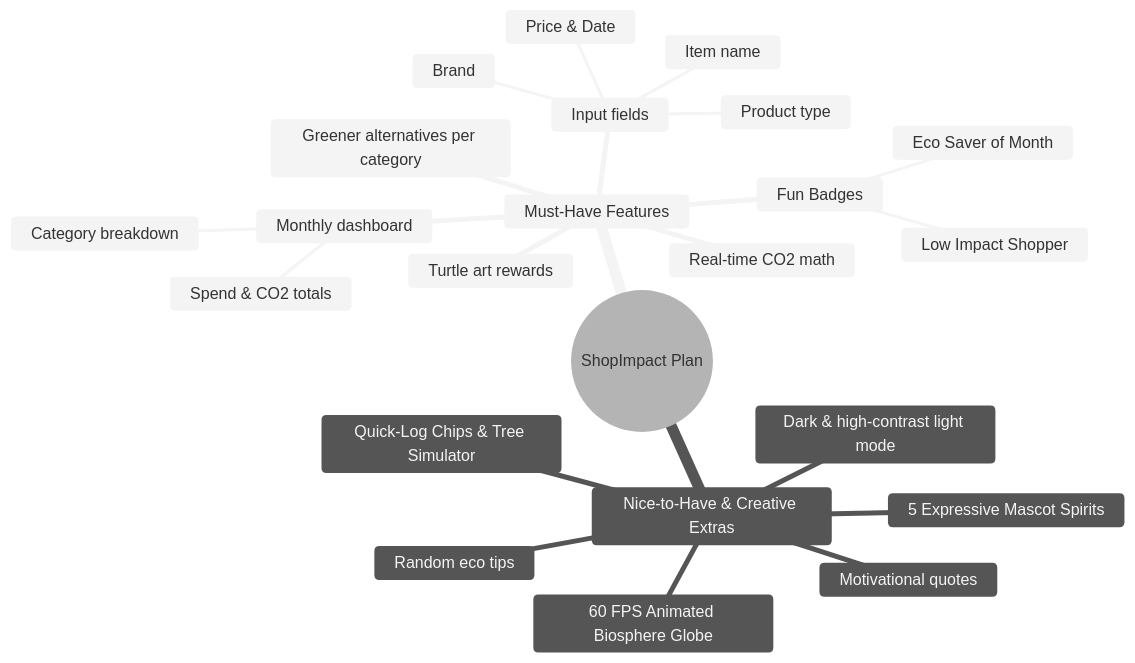
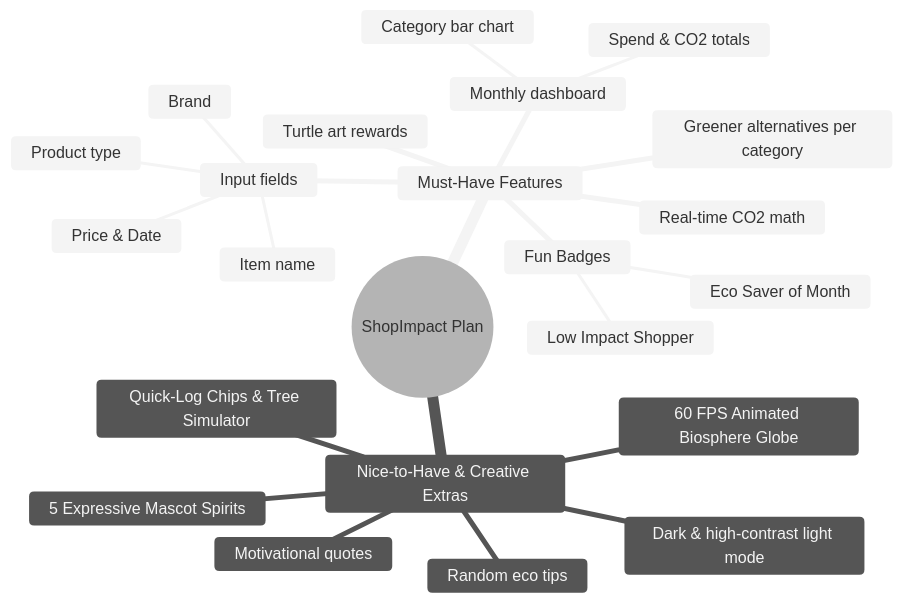
One commit to parthibcpana/IDAI102-1000544-PARTH-PARVINBHAI-GAJERA-SA changed the third of 8 diagrams in README.md. Above: the diagram before and after it, drawn with Mermaid (neutral theme). The commit also changed other lines of this file, not shown here.

````diff
--- a/README.md
+++ b/README.md
@@ -89,26 +94,26 @@
 ```mermaid
 mindmap
   root((ShopImpact Plan))
     Must-Have Features
       Input fields
         Item name
         Product type
         Brand
         Price & Date
       Real-time CO2 math
       Monthly dashboard
         Spend & CO2 totals
-        Category breakdown
+        Category bar chart
       Fun Badges
         Eco Saver of Month
         Low Impact Shopper
       Greener alternatives per category
       Turtle art rewards
     Nice-to-Have & Creative Extras
       Random eco tips
       Dark & high-contrast light mode
       Motivational quotes
       60 FPS Animated Biosphere Globe
       5 Expressive Mascot Spirits
       Quick-Log Chips & Tree Simulator
 ```
````
